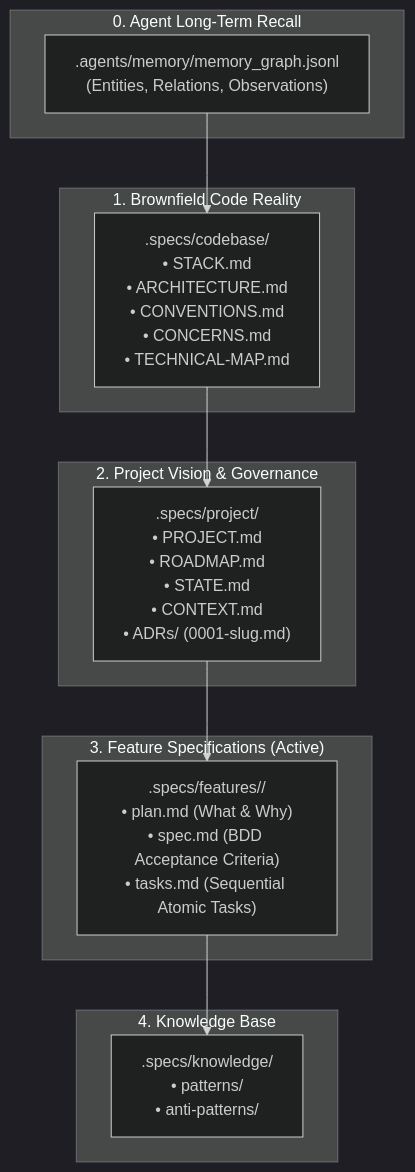
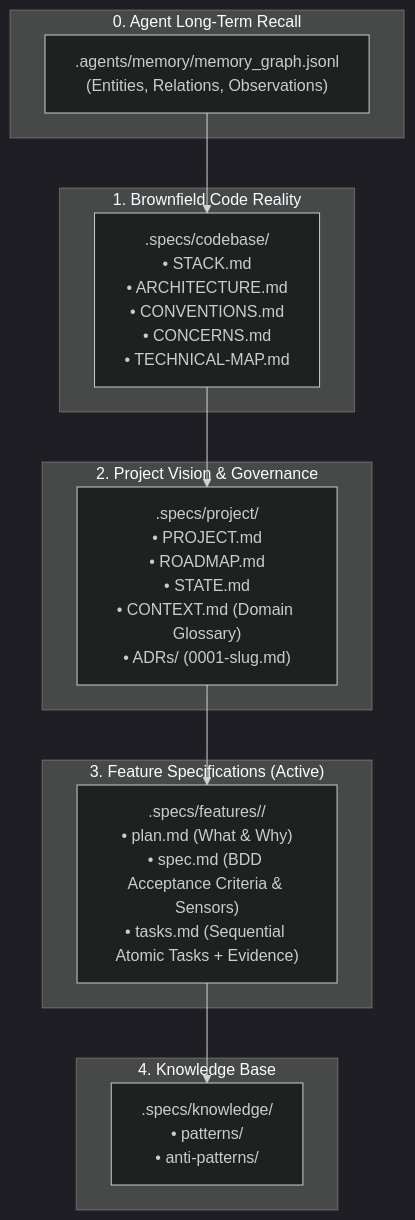
The second of 3 diagrams in README.md (KlebersonCollab/ai-sdd-framework), drawn with Mermaid (dark theme) before and after one commit. The commit also changed other lines of this file, not shown here.

````diff
--- a/README.md
+++ b/README.md
@@ -29,27 +103,27 @@
 ```mermaid
 flowchart TD
     subgraph Layer0["0. Agent Long-Term Recall"]
         MEM[".agents/memory/memory_graph.jsonl<br/>(Entities, Relations, Observations)"]
     end
 
     subgraph Layer1["1. Brownfield Code Reality"]
         EXP[".specs/codebase/<br/>• STACK.md<br/>• ARCHITECTURE.md<br/>• CONVENTIONS.md<br/>• CONCERNS.md<br/>• TECHNICAL-MAP.md"]
     end
 
     subgraph Layer2["2. Project Vision & Governance"]
-        PRJ[".specs/project/<br/>• PROJECT.md<br/>• ROADMAP.md<br/>• STATE.md<br/>• CONTEXT.md<br/>• ADRs/ (0001-slug.md)"]
+        PRJ[".specs/project/<br/>• PROJECT.md<br/>• ROADMAP.md<br/>• STATE.md<br/>• CONTEXT.md (Domain Glossary)<br/>• ADRs/ (0001-slug.md)"]
     end
 
     subgraph Layer3["3. Feature Specifications (Active)"]
-        FTS[".specs/features/<feature-id>/<br/>• plan.md (What & Why)<br/>• spec.md (BDD Acceptance Criteria)<br/>• tasks.md (Sequential Atomic Tasks)"]
+        FTS[".specs/features/<feature-id>/<br/>• plan.md (What & Why)<br/>• spec.md (BDD Acceptance Criteria & Sensors)<br/>• tasks.md (Sequential Atomic Tasks + Evidence)"]
     end
 
     subgraph Layer4["4. Knowledge Base"]
         KNW[".specs/knowledge/<br/>• patterns/<br/>• anti-patterns/"]
     end
 
     MEM --> EXP
     EXP --> PRJ
     PRJ --> FTS
     FTS --> KNW
 ```
````
